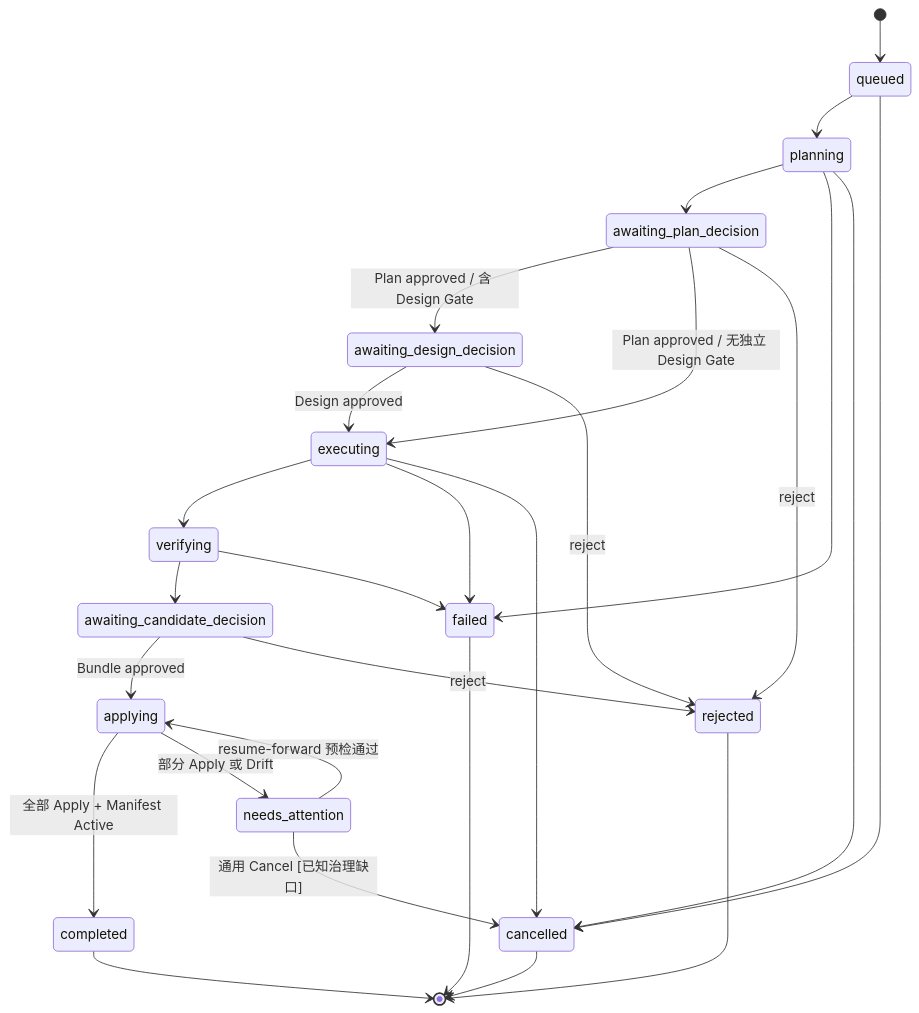
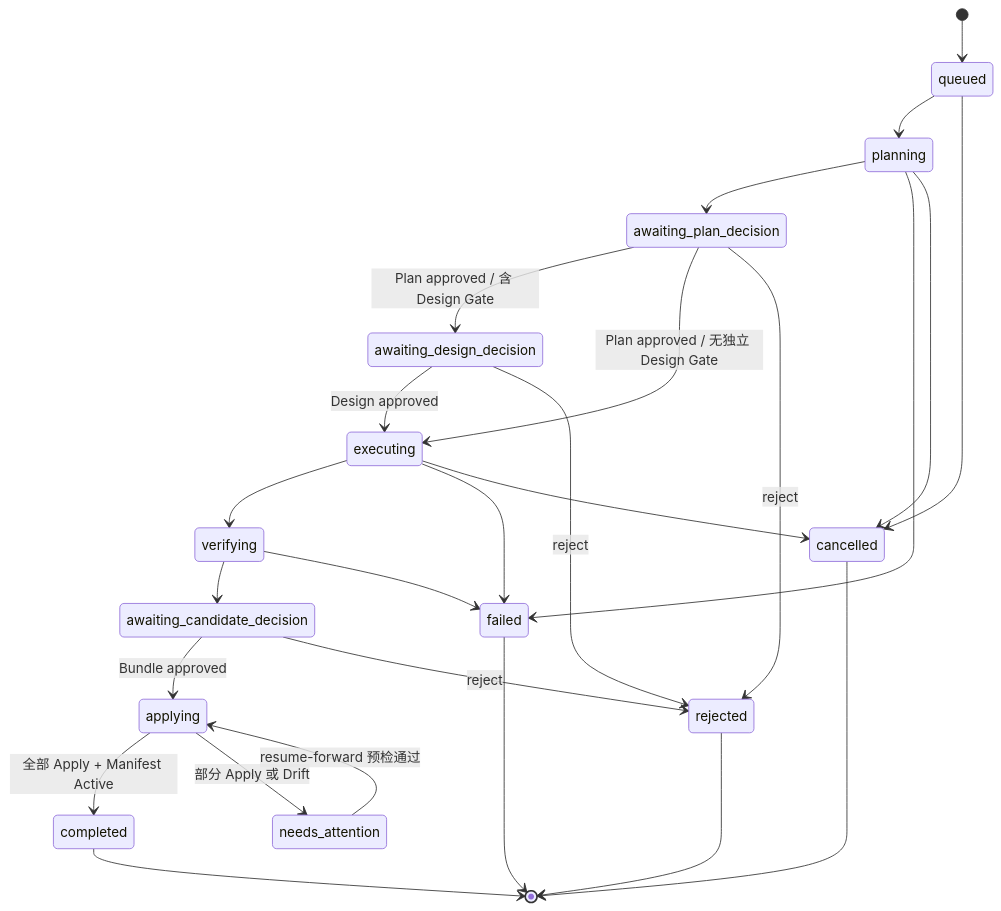
Before and after one commit to Jinchengawu/DEV-Agent-Teams-V2: the fifth of 7 diagrams in docs/product/AGENT-TEAM-OS-PRODUCT.md, drawn with Mermaid. The commit also changed other lines of this file and 11 other files, not shown here.

````diff
--- a/docs/product/AGENT-TEAM-OS-PRODUCT.md
+++ b/docs/product/AGENT-TEAM-OS-PRODUCT.md
@@ -287,29 +287,28 @@
 ```mermaid
 stateDiagram-v2
     [*] --> queued
     queued --> planning
     planning --> awaiting_plan_decision
     awaiting_plan_decision --> awaiting_design_decision: Plan approved / 含 Design Gate
     awaiting_plan_decision --> executing: Plan approved / 无独立 Design Gate
     awaiting_design_decision --> executing: Design approved
     executing --> verifying
     verifying --> awaiting_candidate_decision
     awaiting_candidate_decision --> applying: Bundle approved
     applying --> completed: 全部 Apply + Manifest Active
     applying --> needs_attention: 部分 Apply 或 Drift
     needs_attention --> applying: resume-forward 预检通过
-    needs_attention --> cancelled: 通用 Cancel [已知治理缺口]
     awaiting_plan_decision --> rejected: reject
     awaiting_design_decision --> rejected: reject
     awaiting_candidate_decision --> rejected: reject
     planning --> failed
     executing --> failed
     verifying --> failed
     queued --> cancelled
     planning --> cancelled
     executing --> cancelled
     completed --> [*]
     rejected --> [*]
     failed --> [*]
     cancelled --> [*]
 ```
````
